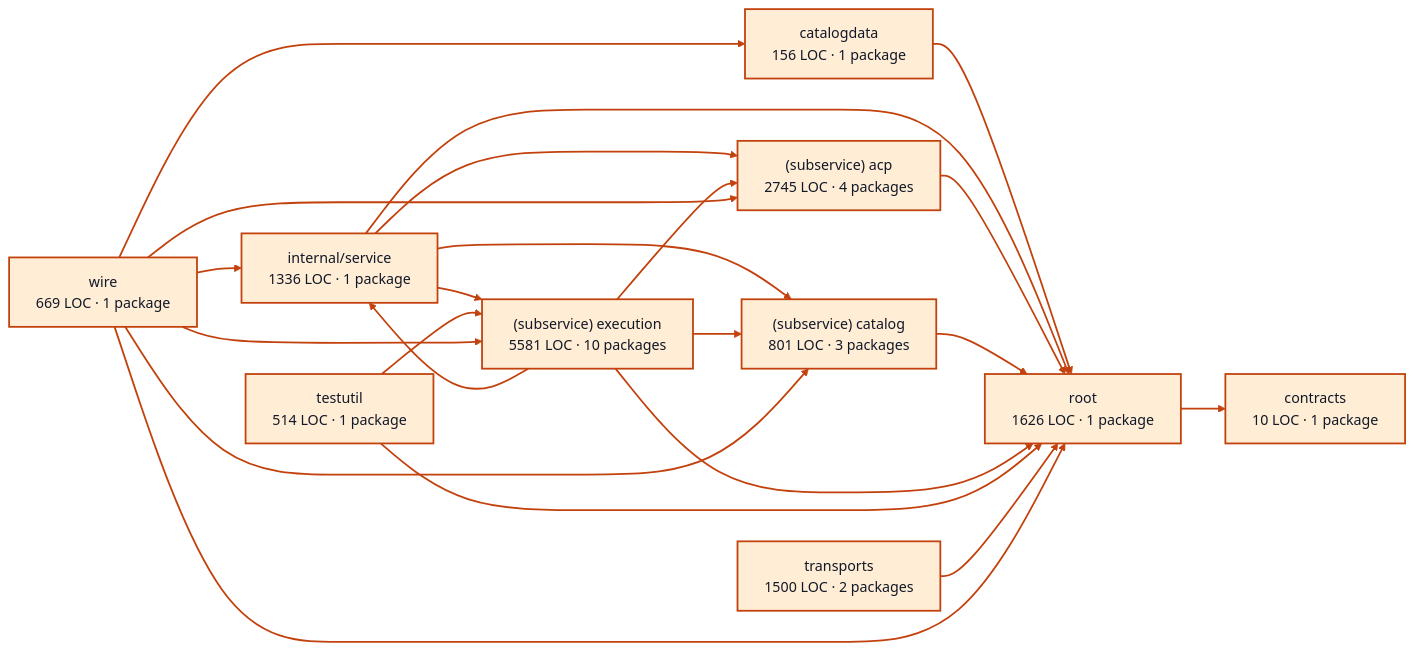
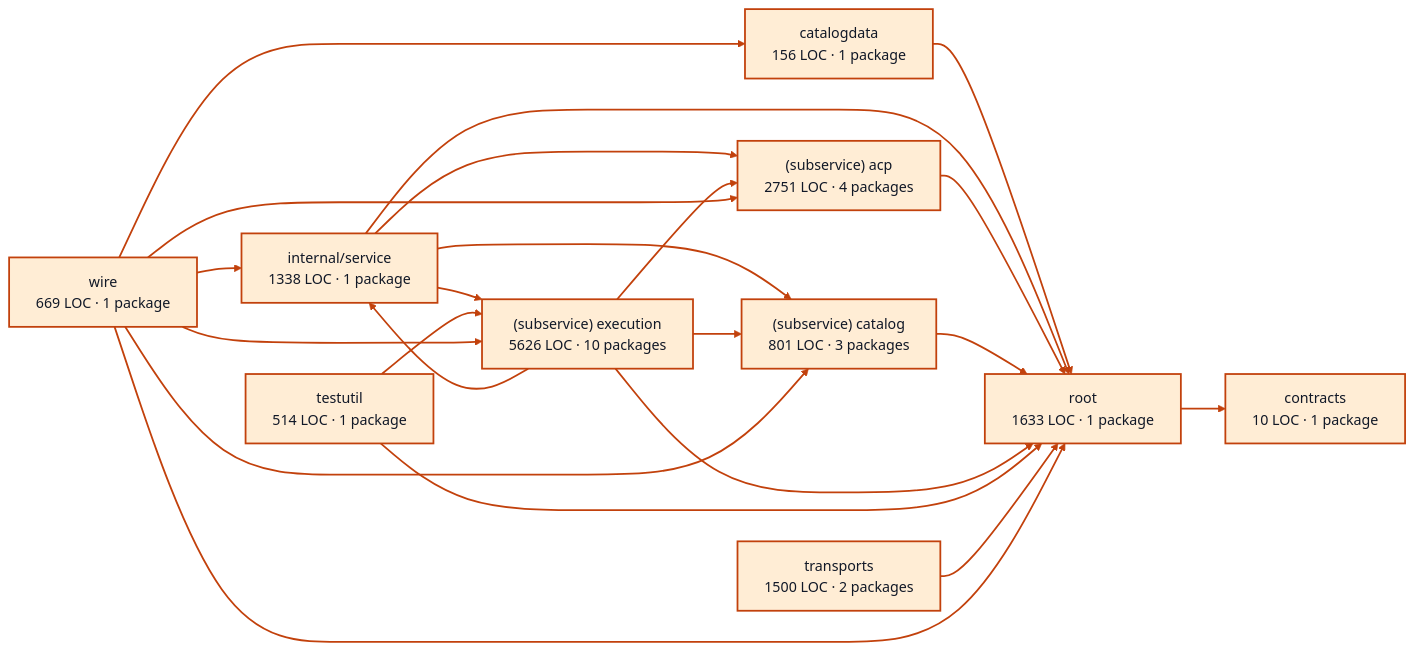
The diagram in docs/architecture/visualizations/services/providers.md (portpowered/you-agent-factory), drawn with Mermaid (base theme) before and after one commit. The commit also changed other lines of this file and 20 other files, not shown here.

Commit message:
docs: refresh backend architecture visualizations

````diff
--- a/docs/architecture/visualizations/services/providers.md
+++ b/docs/architecture/visualizations/services/providers.md
@@ -11,45 +11,45 @@
 ```mermaid
 flowchart LR
   p0["catalogdata<br/>156 LOC · 1 package"]
   p1["contracts<br/>10 LOC · 1 package"]
-  p2["internal/service<br/>1336 LOC · 1 package"]
-  p3["(subservice) acp<br/>2745 LOC · 4 packages"]
+  p2["internal/service<br/>1338 LOC · 1 package"]
+  p3["(subservice) acp<br/>2751 LOC · 4 packages"]
   p4["(subservice) catalog<br/>801 LOC · 3 packages"]
-  p5["(subservice) execution<br/>5581 LOC · 10 packages"]
+  p5["(subservice) execution<br/>5626 LOC · 10 packages"]
   p6["testutil<br/>514 LOC · 1 package"]
-  p7["root<br/>1626 LOC · 1 package"]
+  p7["root<br/>1633 LOC · 1 package"]
   p8["transports<br/>1500 LOC · 2 packages"]
   p9["wire<br/>669 LOC · 1 package"]
   p0 --> p7
   p2 --> p3
   p2 --> p4
   p2 --> p5
   p2 --> p7
   p3 --> p7
   p4 --> p7
   p5 --> p2
   p5 --> p3
   p5 --> p4
   p5 --> p7
   p6 --> p5
   p6 --> p7
   p7 --> p1
   p8 --> p7
   p9 --> p0
   p9 --> p2
   p9 --> p3
   p9 --> p4
   p9 --> p5
   p9 --> p7
   style p0 fill:#ffedd5,stroke:#c2410c,stroke-width:2px,color:#111827
   style p1 fill:#ffedd5,stroke:#c2410c,stroke-width:2px,color:#111827
   style p2 fill:#ffedd5,stroke:#c2410c,stroke-width:2px,color:#111827
   style p3 fill:#ffedd5,stroke:#c2410c,stroke-width:2px,color:#111827
   style p4 fill:#ffedd5,stroke:#c2410c,stroke-width:2px,color:#111827
   style p5 fill:#ffedd5,stroke:#c2410c,stroke-width:2px,color:#111827
   style p6 fill:#ffedd5,stroke:#c2410c,stroke-width:2px,color:#111827
   style p7 fill:#ffedd5,stroke:#c2410c,stroke-width:2px,color:#111827
   style p8 fill:#ffedd5,stroke:#c2410c,stroke-width:2px,color:#111827
   style p9 fill:#ffedd5,stroke:#c2410c,stroke-width:2px,color:#111827
   linkStyle default stroke:#c2410c,stroke-width:2px
 ```
````
